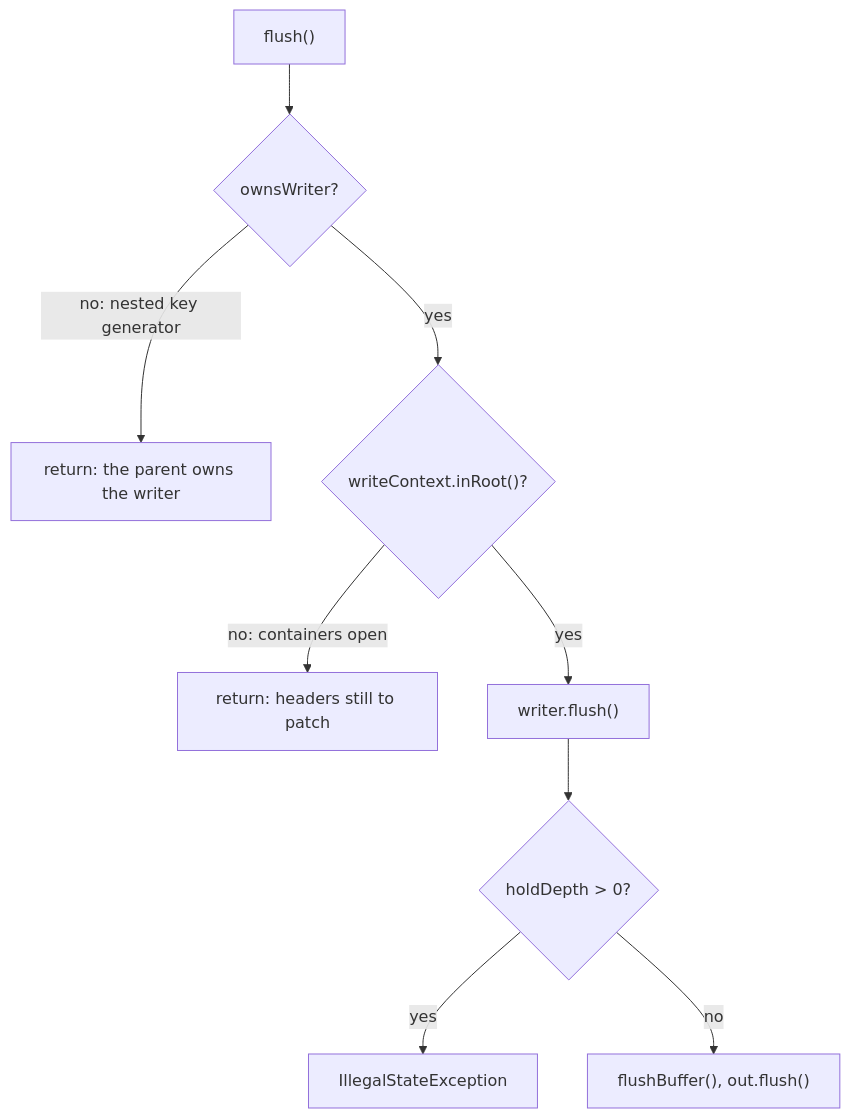
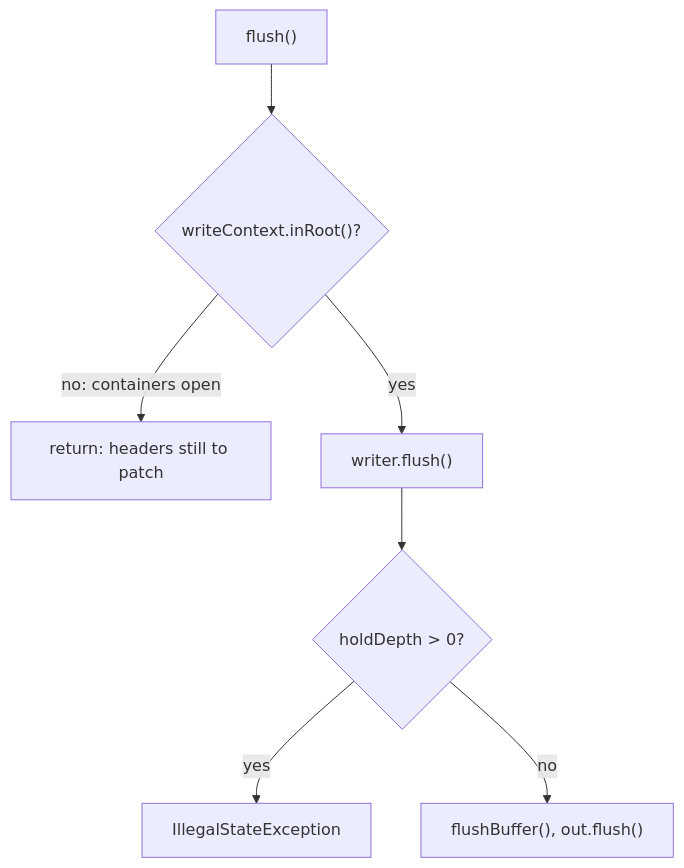
One commit to komamitsu/jackson-dataformat-msgpack changed the third of 7 diagrams in docs/DESIGN.md. Above: the diagram before and after it, drawn with Mermaid. The commit also changed other lines of this file and 11 other files, not shown here.

````diff
--- a/docs/DESIGN.md
+++ b/docs/DESIGN.md
@@ -177,11 +155,9 @@
 ```mermaid
 flowchart TD
-    F["flush()"] --> O{ownsWriter?}
-    O -- "no: nested key generator" --> S1["return: the parent owns the writer"]
-    O -- yes --> R{"writeContext.inRoot()?"}
+    F["flush()"] --> R{"writeContext.inRoot()?"}
     R -- "no: containers open" --> S2["return: headers still to patch"]
     R -- yes --> W["writer.flush()"]
     W --> H{"holdDepth > 0?"}
     H -- yes --> E["IllegalStateException"]
     H -- no --> D["flushBuffer(), out.flush()"]
 ```
````
